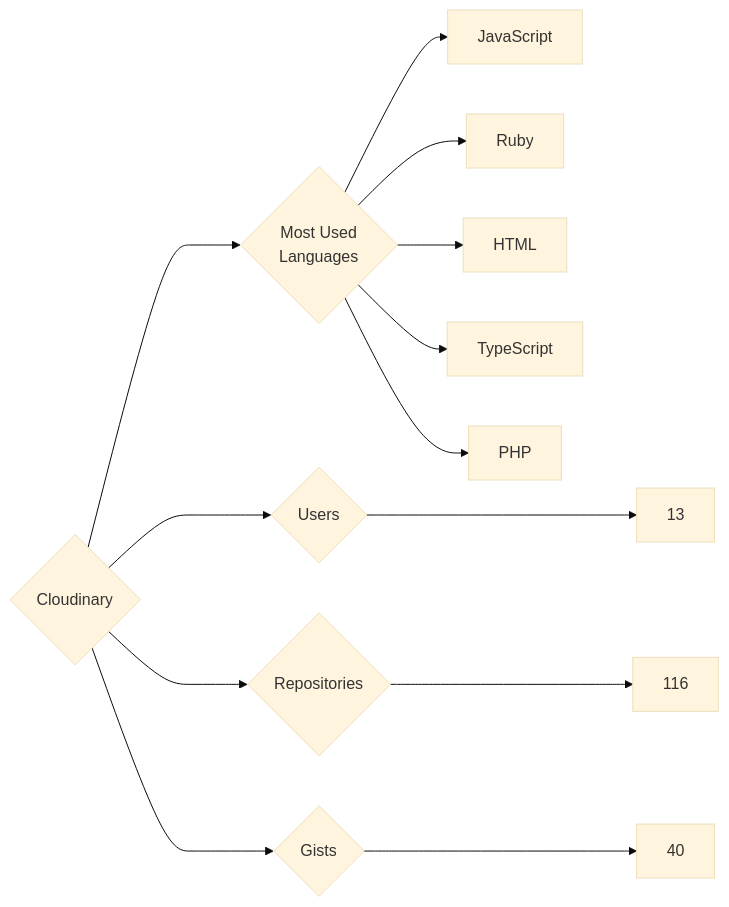
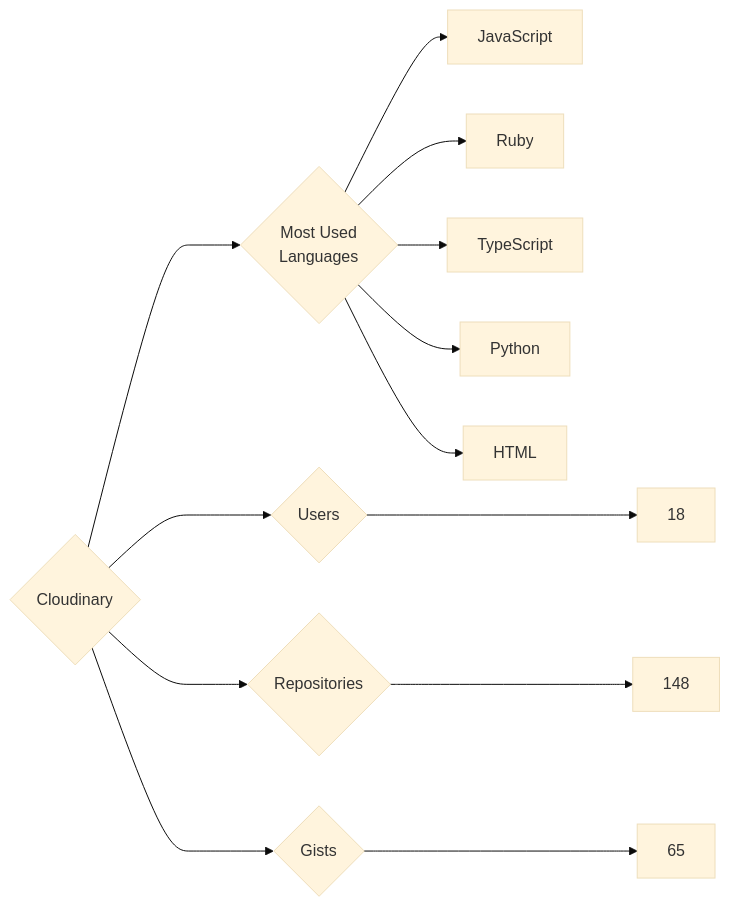
The diagram in targets/Cloudinary/README.md (trickest/insiders), drawn with Mermaid (base theme) before and after one commit. The commit also changed 749 other files, not shown here.

````diff
--- a/targets/Cloudinary/README.md
+++ b/targets/Cloudinary/README.md
@@ -3,13 +3,13 @@
 ```mermaid
 graph LR
 COMPANY_NAME{Cloudinary}
-COMPANY_NAME ---> U{Users} ---> UN[13]
-COMPANY_NAME ---> R{Repositories} ---> RN[116]
-COMPANY_NAME ---> G{Gists} ---> GN[40]
+COMPANY_NAME ---> U{Users} ---> UN[18]
+COMPANY_NAME ---> R{Repositories} ---> RN[148]
+COMPANY_NAME ---> G{Gists} ---> GN[65]
 COMPANY_NAME ---> ML{Most Used<br>Languages}
 ML --> JavaScript[JavaScript]
 ML --> Ruby[Ruby]
+ML --> TypeScript[TypeScript]
+ML --> Python[Python]
 ML --> HTML[HTML]
-ML --> TypeScript[TypeScript]
-ML --> PHP[PHP]
 ```
````
